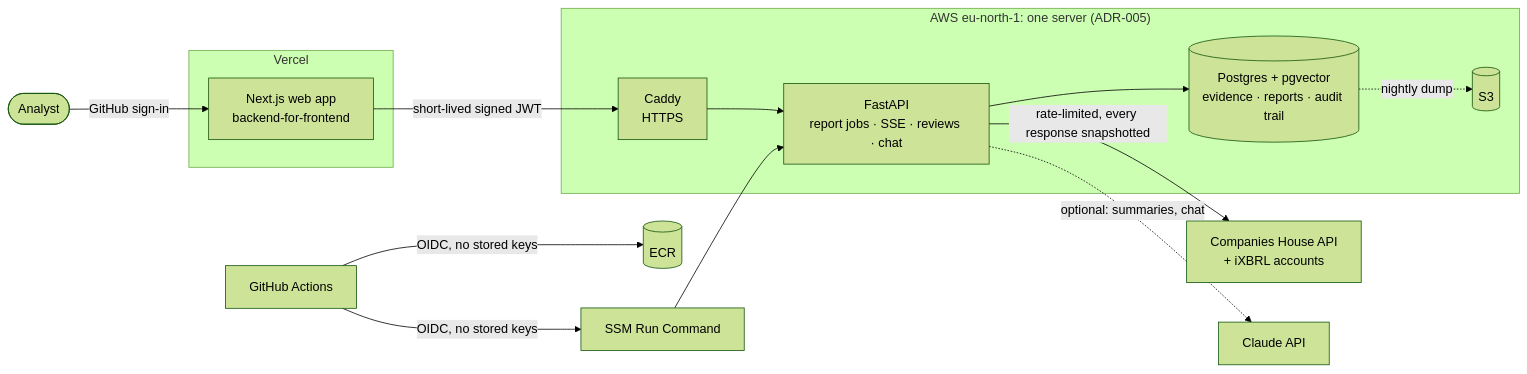
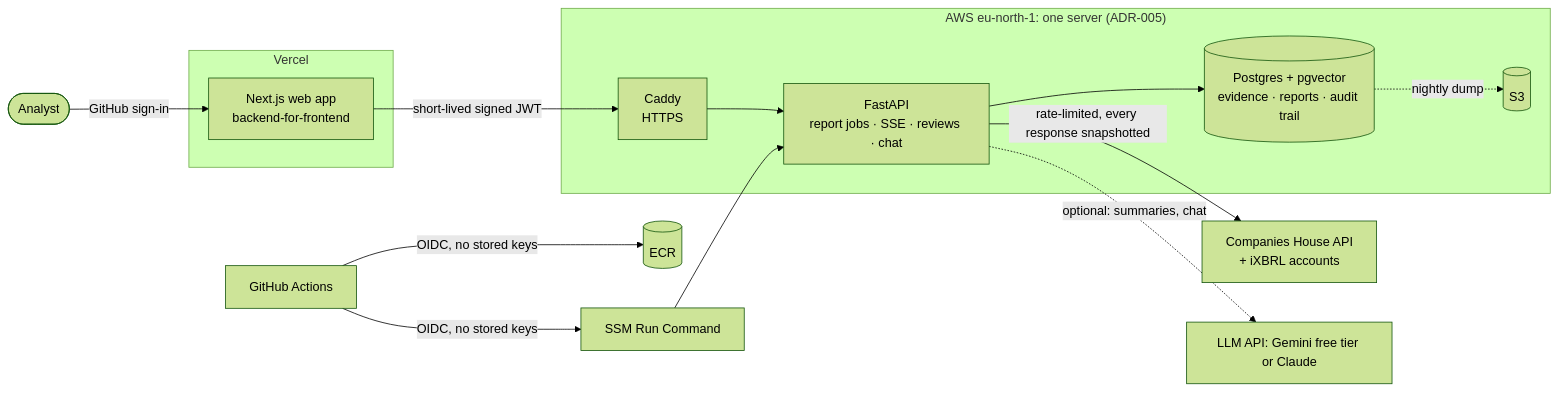
One commit to sid-bhatt/uk-company-research-agent changed the diagram in README.md. Above: the diagram before and after it, drawn with Mermaid (forest theme). The commit also changed other lines of this file and 17 other files, not shown here.

First line of the commit message:
Free LLM option: any OpenAI-compatible API (Gemini free tier by default) (#23)

````diff
--- a/README.md
+++ b/README.md
@@ -34,17 +34,17 @@
 ```mermaid
 flowchart LR
     analyst([Analyst]) -->|GitHub sign-in| web
     subgraph vercel[Vercel]
         web[Next.js web app<br/>backend-for-frontend]
     end
     subgraph aws["AWS eu-north-1: one server (ADR-005)"]
         caddy[Caddy<br/>HTTPS] --> api[FastAPI<br/>report jobs · SSE · reviews · chat]
         api --> db[(Postgres + pgvector<br/>evidence · reports · audit trail)]
         db -.->|nightly dump| s3[(S3)]
     end
     web -->|short-lived signed JWT| caddy
     api -->|rate-limited, every response snapshotted| ch[Companies House API<br/>+ iXBRL accounts]
-    api -.->|optional: summaries, chat| claude[Claude API]
+    api -.->|optional: summaries, chat| llm[LLM API: Gemini free tier or Claude]
     gh[GitHub Actions] -->|OIDC, no stored keys| ecr[(ECR)] & ssm[SSM Run Command]
     ssm --> api
 ```
````
